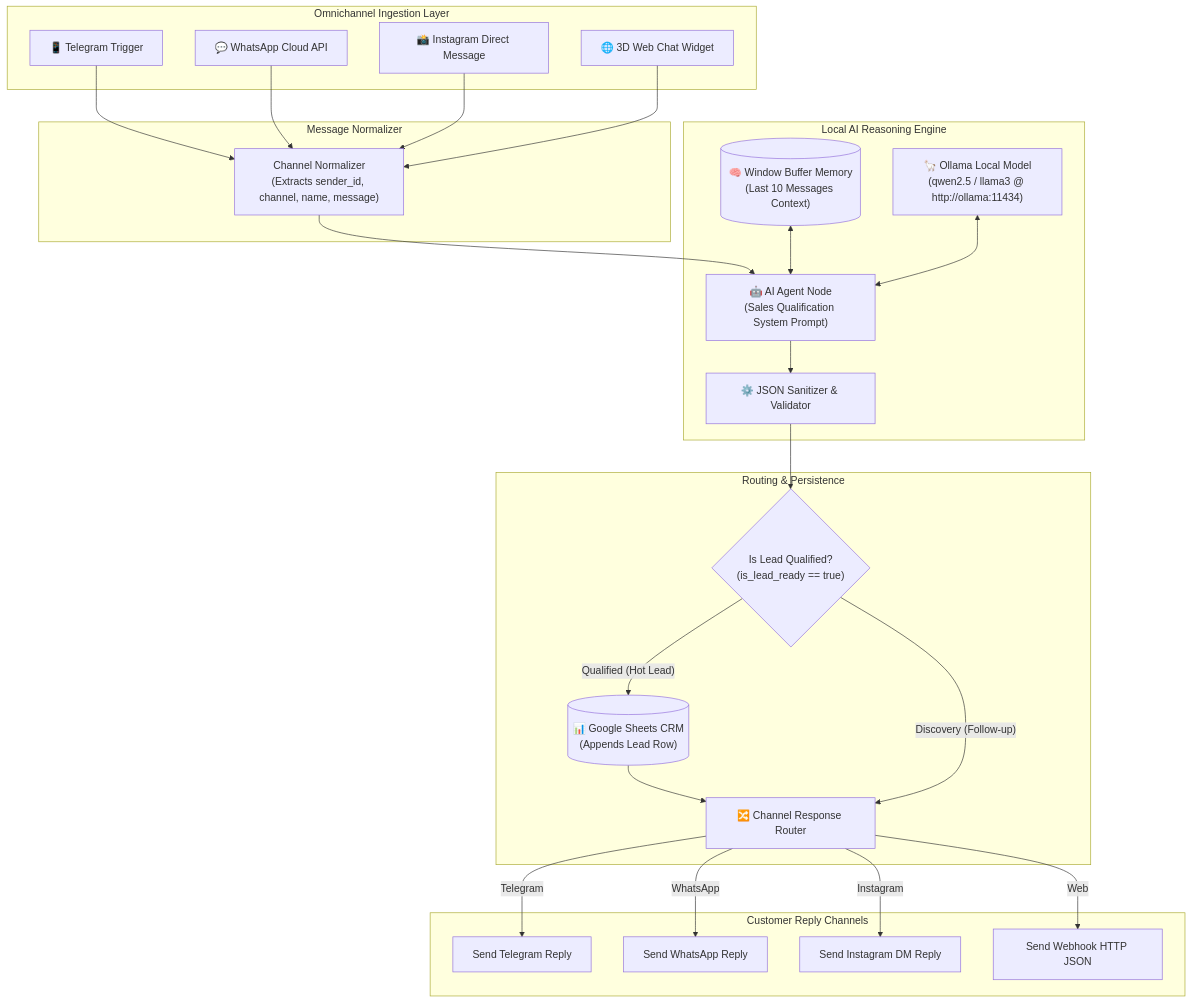
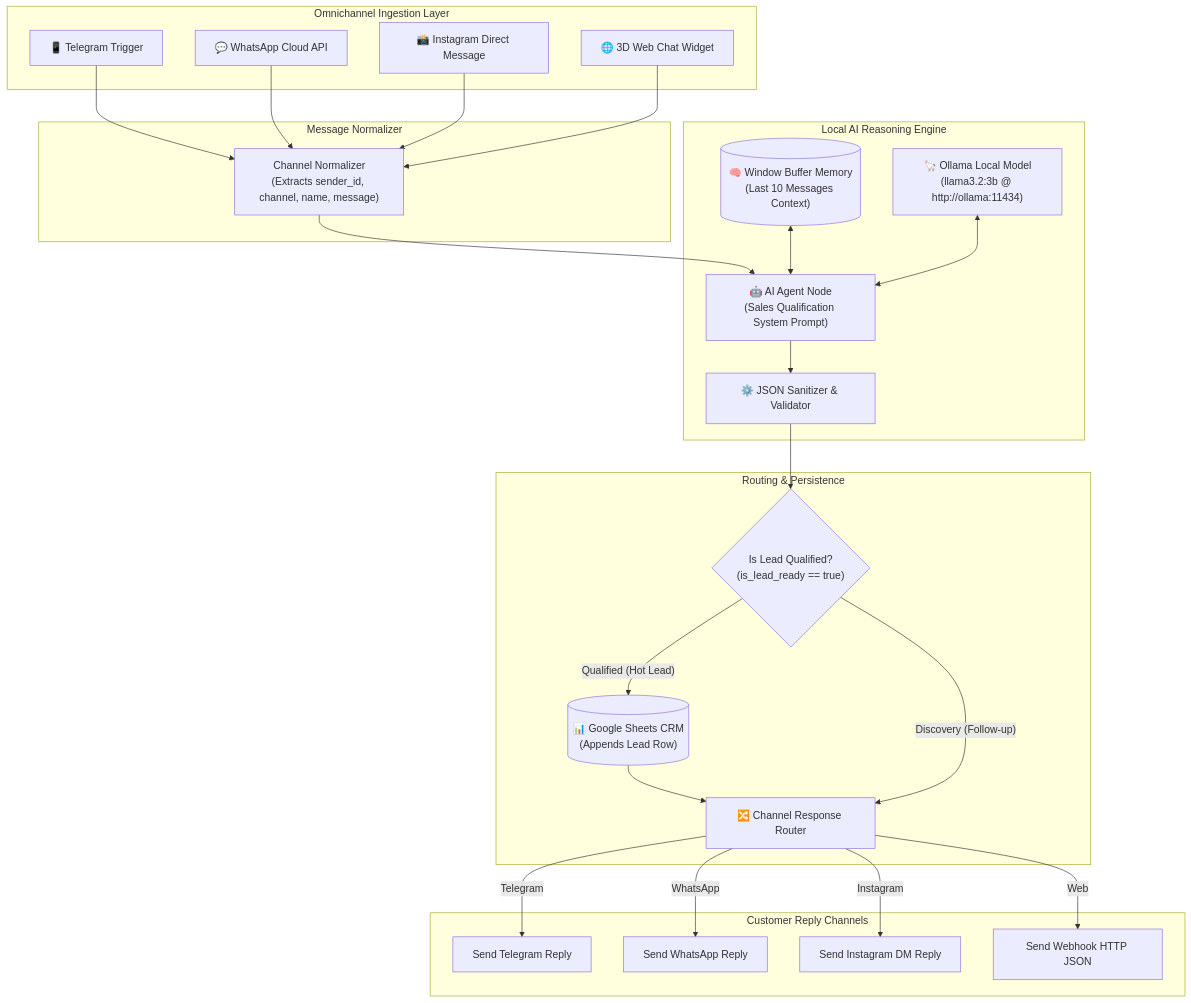
One commit to erenburakkayaer/n8n-ollama-lead-agent changed the diagram in README.md. Above: the diagram before and after it, drawn with Mermaid. The commit also changed other lines of this file and 6 other files, not shown here.

Commit message:
feat: migrate LLM engine to llama3.2, configure .gitattributes language stats, and sanitize repo assets

````diff
--- a/README.md
+++ b/README.md
@@ -35,53 +35,53 @@
 ```mermaid
 flowchart TD
     subgraph Ingestion ["Omnichannel Ingestion Layer"]
         TG["📱 Telegram Trigger"]
         WA["💬 WhatsApp Cloud API"]
         IG["📸 Instagram Direct Message"]
         WEB["🌐 3D Web Chat Widget"]
     end
 
     subgraph Normalization ["Message Normalizer"]
         NORM["Channel Normalizer\n(Extracts sender_id, channel, name, message)"]
     end
 
     subgraph Brain ["Local AI Reasoning Engine"]
         MEM[("🧠 Window Buffer Memory\n(Last 10 Messages Context)")]
-        LLM["🦙 Ollama Local Model\n(qwen2.5 / llama3 @ http://ollama:11434)"]
+        LLM["🦙 Ollama Local Model\n(llama3.2:3b @ http://ollama:11434)"]
         AGENT["🤖 AI Agent Node\n(Sales Qualification System Prompt)"]
         PARSE["⚙️ JSON Sanitizer & Validator"]
     end
 
     subgraph Decision ["Routing & Persistence"]
         COND{"Is Lead Qualified?\n(is_lead_ready == true)"}
         SHEET[("📊 Google Sheets CRM\n(Appends Lead Row)")]
         SWITCH["🔀 Channel Response Router"]
     end
 
     subgraph Delivery ["Customer Reply Channels"]
         R_TG["Send Telegram Reply"]
         R_WA["Send WhatsApp Reply"]
         R_IG["Send Instagram DM Reply"]
         R_WEB["Send Webhook HTTP JSON"]
     end
 
     TG --> NORM
     WA --> NORM
     IG --> NORM
     WEB --> NORM
 
     NORM --> AGENT
     MEM <--> AGENT
     LLM <--> AGENT
     AGENT --> PARSE
     PARSE --> COND
 
     COND -- "Qualified (Hot Lead)" --> SHEET
     SHEET --> SWITCH
     COND -- "Discovery (Follow-up)" --> SWITCH
 
     SWITCH -->|Telegram| R_TG
     SWITCH -->|WhatsApp| R_WA
     SWITCH -->|Instagram| R_IG
     SWITCH -->|Web| R_WEB
 ```
````
